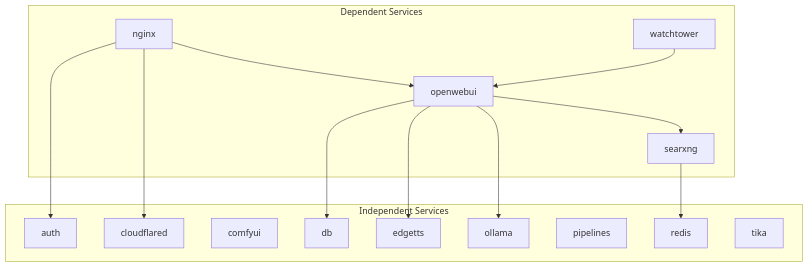
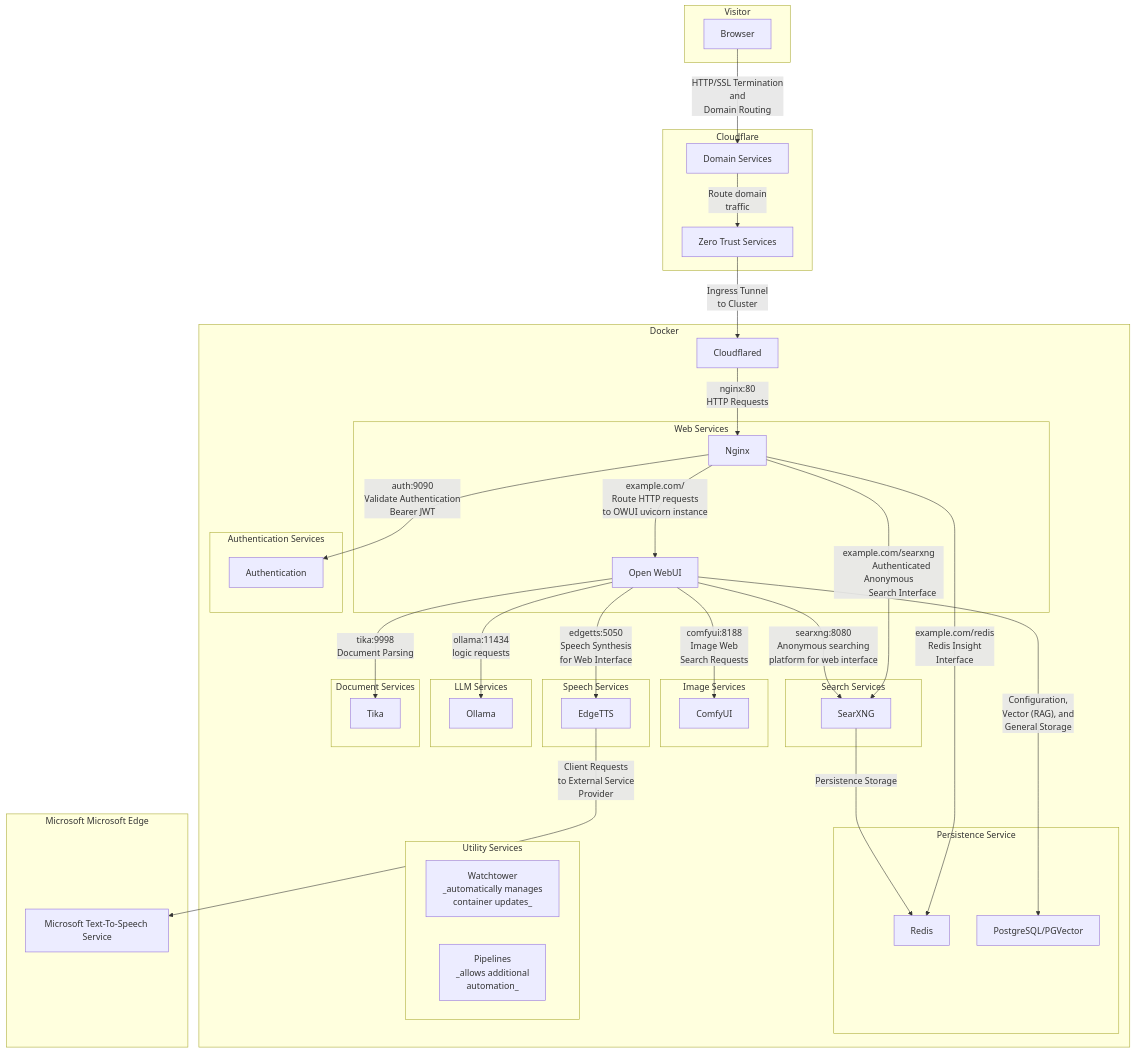
One commit to limcheekin/open-webui-starter changed the diagram in README.md. Above: the diagram before and after it, drawn with Mermaid.

Commit message:
doc: update mermaid diagram to provide more definition about services/etc.

````diff
--- a/README.md
+++ b/README.md
@@ -43,38 +43,142 @@
 ```mermaid
-graph TD
-    subgraph Independent Services
-        auth[auth]
-        cloudflared[cloudflared]
-        comfyui[comfyui]
-        db[db]
-        edgetts[edgetts]
-        ollama[ollama]
-        pipelines[pipelines]
-        redis[redis]
-        tika[tika]
+graph
+    subgraph Visitor
+        browser[Browser]
     end
 
-    subgraph Dependent Services
-        nginx[nginx]
-        openwebui[openwebui]
-        searxng[searxng]
-        watchtower[watchtower]
+    subgraph Cloudflare
+        customdomain[Domain Services]
+        zerotrusttunnel[Zero Trust Services]
     end
 
-    %% nginx dependencies
-    nginx --> auth
-    nginx --> cloudflared
-    nginx --> openwebui
+    %% Cloudflare
+    browser -- 
+        HTTP/SSL Termination
+        and
+        Domain Routing
+    --> customdomain --
+        Route domain
+        traffic
+    --> zerotrusttunnel
 
-    %% openwebui dependencies
-    openwebui --> db
-    openwebui --> edgetts
-    openwebui --> ollama
-    openwebui --> searxng
+    subgraph Docker
+        cloudflared[Cloudflared]
 
-    %% searxng dependency
-    searxng --> redis
+        zerotrusttunnel --
+            Ingress Tunnel
+            to Cluster
+        --> cloudflared
 
-    %% watchtower dependency
-    watchtower --> openwebui
+        subgraph Web Services
+            nginx[Nginx]
+            openwebui[Open WebUI]
+        end
+
+        cloudflared -- "nginx:80"
+            HTTP Requests
+        --> nginx
+
+        nginx -- "example.com/"
+            Route HTTP requests
+            to OWUI uvicorn instance
+        --> openwebui
+
+        nginx -- "example.com/redis"
+            Redis Insight
+            Interface
+        --> redis
+
+        nginx -- "example.com/searxng"
+            Authenticated Anonymous
+            Search Interface
+        --> searxng
+
+        subgraph Image Services
+            comfyui[ComfyUI]
+        end
+
+        openwebui -- "comfyui:8188"
+            Image Web
+            Search Requests
+        --> comfyui
+
+        subgraph Authentication Services
+            auth[Authentication]
+        end
+
+        nginx -- "auth:9090"
+            Validate Authentication
+            Bearer JWT
+        --> auth
+
+        subgraph Speech Services
+            edgetts[EdgeTTS]
+        end
+
+        openwebui -- "edgetts:5050"
+            Speech Synthesis
+            for Web Interface
+        --> edgetts
+
+        subgraph Search Services
+            searxng[SearXNG]
+        end
+
+        openwebui -- "searxng:8080"
+            Anonymous searching
+            platform for web interface
+        --> searxng
+
+        subgraph LLM Services
+            ollama[Ollama]
+        end
+
+        openwebui -- ""ollama:11434
+            logic requests
+        --> ollama
+
+        subgraph Document Services
+            tika[Tika]
+        end
+
+        openwebui -- "tika:9998"
+            Document Parsing
+        --> tika
+
+        subgraph Persistence Service
+            db[PostgreSQL/PGVector]
+            redis[Redis]
+        end
+
+        openwebui --
+            Configuration,
+            Vector (RAG), and
+            General Storage
+        --> db
+
+        searxng --
+            Persistence Storage
+        --> redis
+
+        subgraph Utility Services
+            watchtower[Watchtower
+                _automatically manages
+                container updates_
+            ]
+            pipelines[Pipelines
+                _allows additional
+                automation_
+            ]
+        end
+    end
+
+    subgraph Microsoft Microsoft Edge
+        microsofonlinesservice[Microsoft Text-To-Speech Service]
+    end
+
+    edgetts --
+        Client Requests
+        to External Service
+        Provider
+    --> microsofonlinesservice
 ```
````
